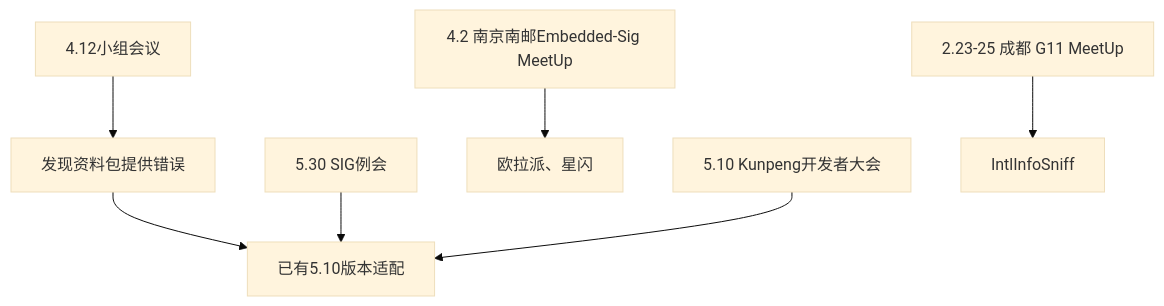
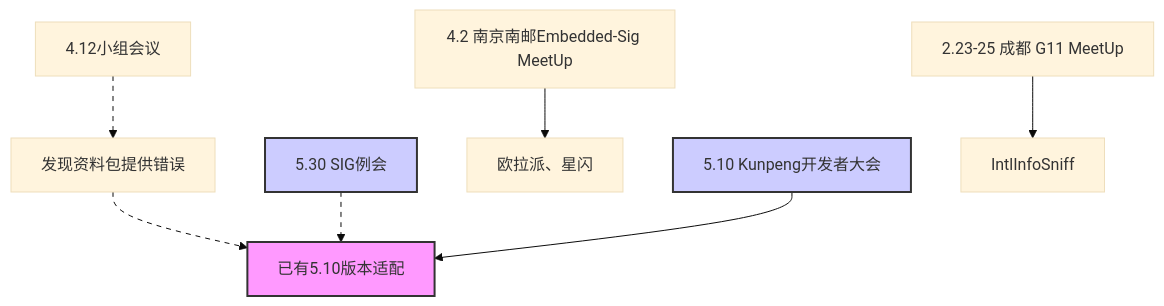
Before and after one commit to Darrenpig/Yocto_tutorial: the diagram in README.md, drawn with Mermaid (base theme).

````diff
--- a/README.md
+++ b/README.md
@@ -209,17 +209,24 @@
 ```mermaid 
 graph TB  
     Meeting412["4.12小组会议"]  
     ErrorFound["发现资料包提供错误"]  
     Version510["已有5.10版本适配"]  
     SIGMeeting530["5.30 SIG例会"]  
     G11MeetUp["2.23-25 成都 G11 MeetUp"]  
     EmbeddedSigMeetup["4.2 南京南邮Embedded-Sig MeetUp"]  
     OulaPaiXingShan["欧拉派、星闪"]  
     KunpengDevCon["5.10 Kunpeng开发者大会"]
     Meeting412 --> ErrorFound  
     ErrorFound --> Version510  
     SIGMeeting530 --> Version510
     G11MeetUp --> IntlInfoSniff  
     EmbeddedSigMeetup --> OulaPaiXingShan  
     KunpengDevCon --> Version510
+    style Version510 fill:#f9f,stroke:#333,stroke-width:2px  
+    style SIGMeeting530 fill:#ccf,stroke:#333,stroke-width:2px  
+    style KunpengDevCon fill:#ccf,stroke:#333,stroke-width:2px  
+    linkStyle 0 stroke-dasharray: 5, 5  
+    linkStyle 1 stroke-dasharray: 5, 5  
+    linkStyle 2 stroke-dasharray: 5, 5
+
 ```
````
